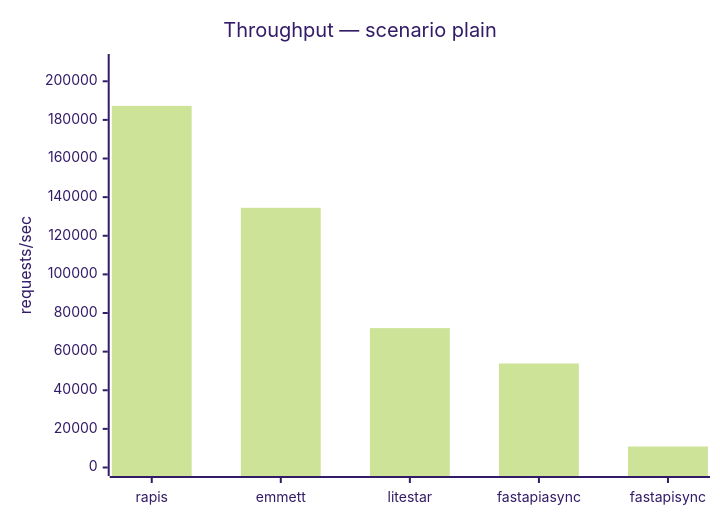
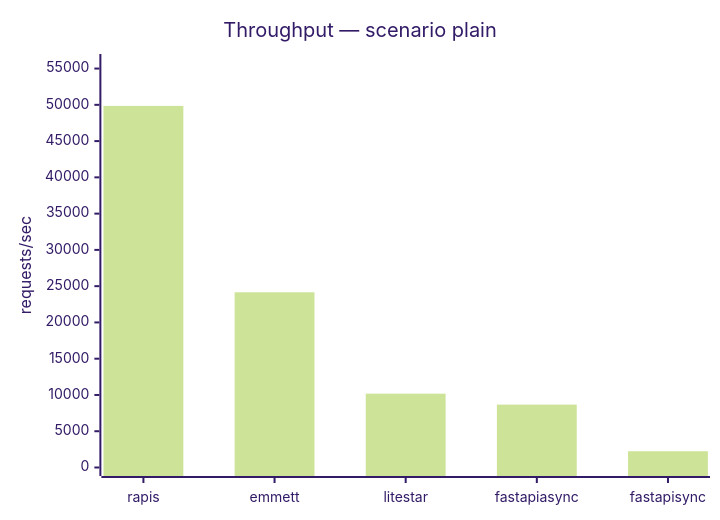
Before and after one commit to sheptalo/rapis: the first of 6 diagrams in benchmarks/README.md, drawn with Mermaid (forest theme). The commit also changed other lines of this file, not shown here.

````diff
--- a/benchmarks/README.md
+++ b/benchmarks/README.md
@@ -86,7 +86,7 @@
 ```mermaid
 xychart-beta
     title "Throughput — scenario plain"
     x-axis [rapis, emmett, litestar, fastapi async, fastapi sync]
-    y-axis "requests/sec" 0 --> 209725
-    bar [187254.03, 134486.73, 72182.64, 53855.05, 10873.86]
+    y-axis "requests/sec" 0 --> 55835
+    bar [49852.05, 24155.4, 10177.36, 8671.87, 2240.64]
 ```
````
